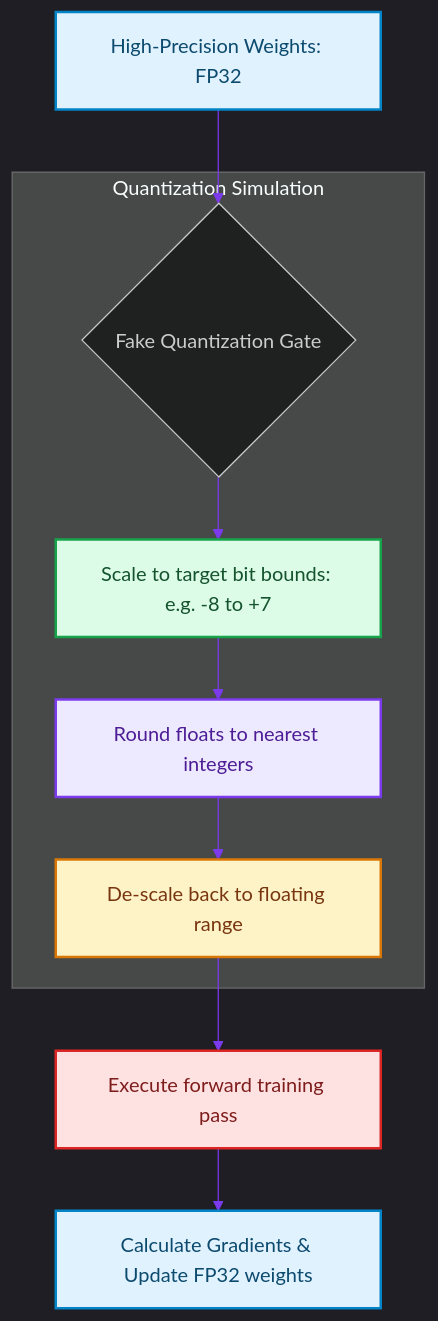
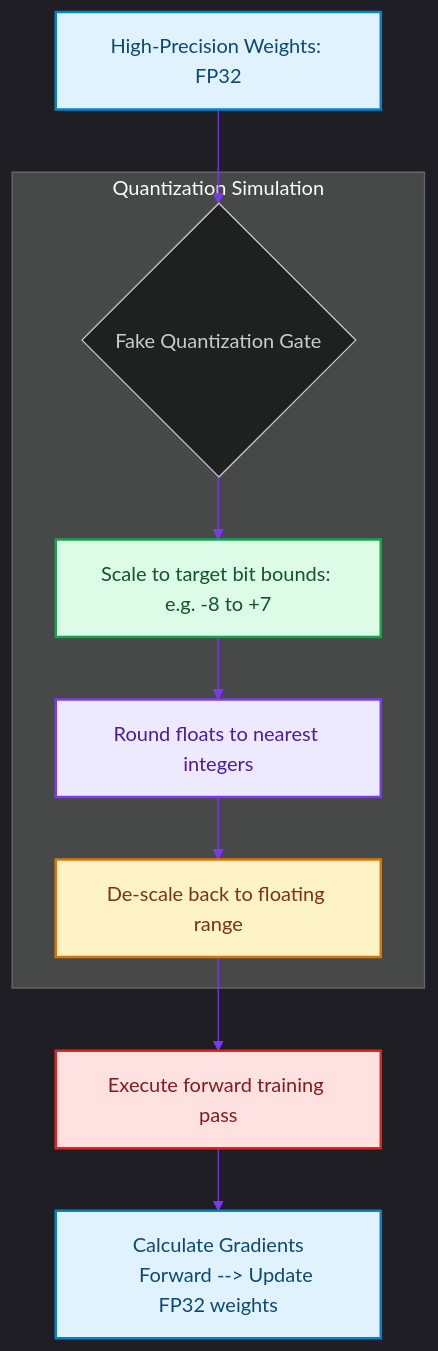
The diagram in blog/posts/slm-quantization-aware-training-precision-preservation.md (akmalkhaniub/akmalkhaniub.github.io), drawn with Mermaid before and after one commit. The commit also changed other lines of this file and 894 other files, not shown here.

Commit message:
feat(blog): upgrade all 444 posts with unique staggered dates, 2-col Mermaid spines, benchmark tables, code blocks, and trade-offs

````diff
--- a/blog/posts/slm-quantization-aware-training-precision-preservation.md
+++ b/blog/posts/slm-quantization-aware-training-precision-preservation.md
@@ -16,25 +16,26 @@
 ```mermaid
 %%{init: {'theme': 'dark', 'themeVariables': { 'primaryColor': '#7c3aed', 'primaryTextColor': '#f3f4f6', 'primaryBorderColor': '#a78bfa', 'lineColor': '#7c3aed', 'secondaryColor': '#111827', 'tertiaryColor': '#0b0f19'}}}%%
 flowchart TD
     Weight["High-Precision Weights: FP32"] --> FakeQuant{Fake Quantization Gate}
     
     subgraph SG1_QuantizationSimulation ["Quantization Simulation"]
         FakeQuant --> Scale["Scale to target bit bounds: e.g. -8 to +7"]
         Scale --> Round["Round floats to nearest integers"]
         Round --> DeScale["De-scale back to floating range"]
     end
     
     DeScale --> Forward["Execute forward training pass"]
-    Forward --> Backprop["Calculate Gradients & Update FP32 weights"]
+    Forward --> Backprop["Calculate Gradients
+    Forward --> Update FP32 weights"]
 
 classDef green fill:#dcfce7,stroke:#16a34a,stroke-width:2px,color:#14532d;
 classDef red fill:#fee2e2,stroke:#dc2626,stroke-width:2px,color:#7f1d1d;
 classDef blue fill:#e0f2fe,stroke:#0284c7,stroke-width:2px,color:#0c4a6e;
 classDef yellow fill:#fef3c7,stroke:#d97706,stroke-width:2px,color:#78350f;
 classDef purple fill:#ede9fe,stroke:#7c3aed,stroke-width:2px,color:#4c1d95;
 class Weight,Backprop blue
 class Scale green
 class Round purple
 class DeScale yellow
 class Forward red
 ```
````
